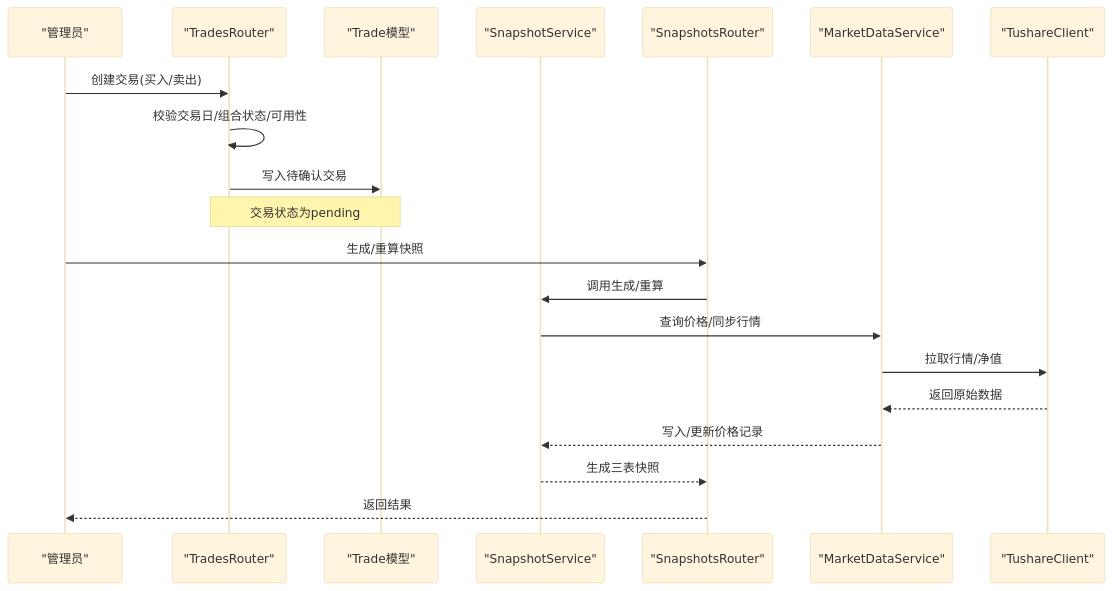
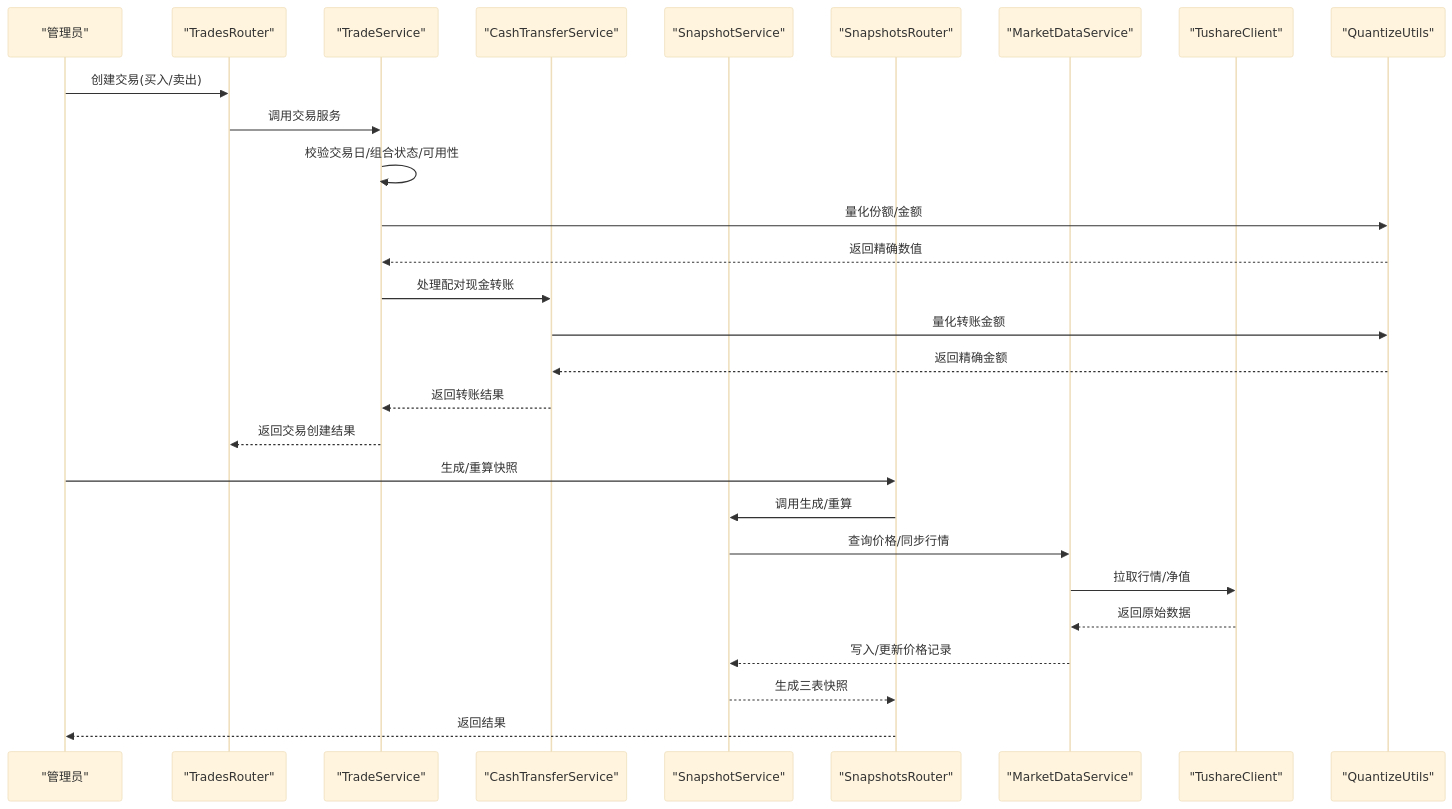
Before and after one commit to gujialind/InvestRing: the fifth of 15 diagrams in .qoder/repowiki/zh/content/核心业务功能/核心业务功能.md, drawn with Mermaid (base theme). The commit also changed other lines of this file and 64 other files, not shown here.

````diff
--- a/.qoder/repowiki/zh/content/核心业务功能/核心业务功能.md
+++ b/.qoder/repowiki/zh/content/核心业务功能/核心业务功能.md
@@ -147,22 +464,30 @@
 ```mermaid
 sequenceDiagram
 participant Admin as "管理员"
 participant API as "TradesRouter"
-participant Trade as "Trade模型"
+participant TradeSvc as "TradeService"
+participant CashSvc as "CashTransferService"
 participant SnapSvc as "SnapshotService"
 participant SnapAPI as "SnapshotsRouter"
 participant Market as "MarketDataService"
 participant Tushare as "TushareClient"
+participant Quantize as "QuantizeUtils"
 Admin->>API : 创建交易(买入/卖出)
-API->>API : 校验交易日/组合状态/可用性
-API->>Trade : 写入待确认交易
-Note over API,Trade : 交易状态为pending
+API->>TradeSvc : 调用交易服务
+TradeSvc->>TradeSvc : 校验交易日/组合状态/可用性
+TradeSvc->>Quantize : 量化份额/金额
+Quantize-->>TradeSvc : 返回精确数值
+TradeSvc->>CashSvc : 处理配对现金转账
+CashSvc->>Quantize : 量化转账金额
+Quantize-->>CashSvc : 返回精确金额
+CashSvc-->>TradeSvc : 返回转账结果
+TradeSvc-->>API : 返回交易创建结果
 Admin->>SnapAPI : 生成/重算快照
 SnapAPI->>SnapSvc : 调用生成/重算
 SnapSvc->>Market : 查询价格/同步行情
 Market->>Tushare : 拉取行情/净值
 Tushare-->>Market : 返回原始数据
 Market-->>SnapSvc : 写入/更新价格记录
 SnapSvc-->>SnapAPI : 生成三表快照
 SnapAPI-->>Admin : 返回结果
 ```
````
